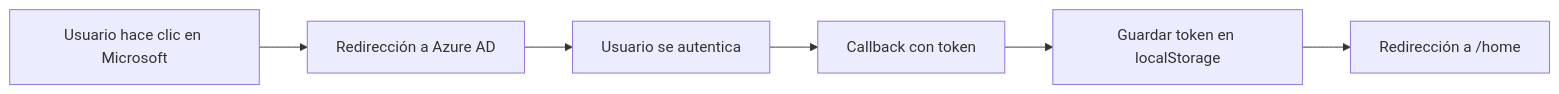
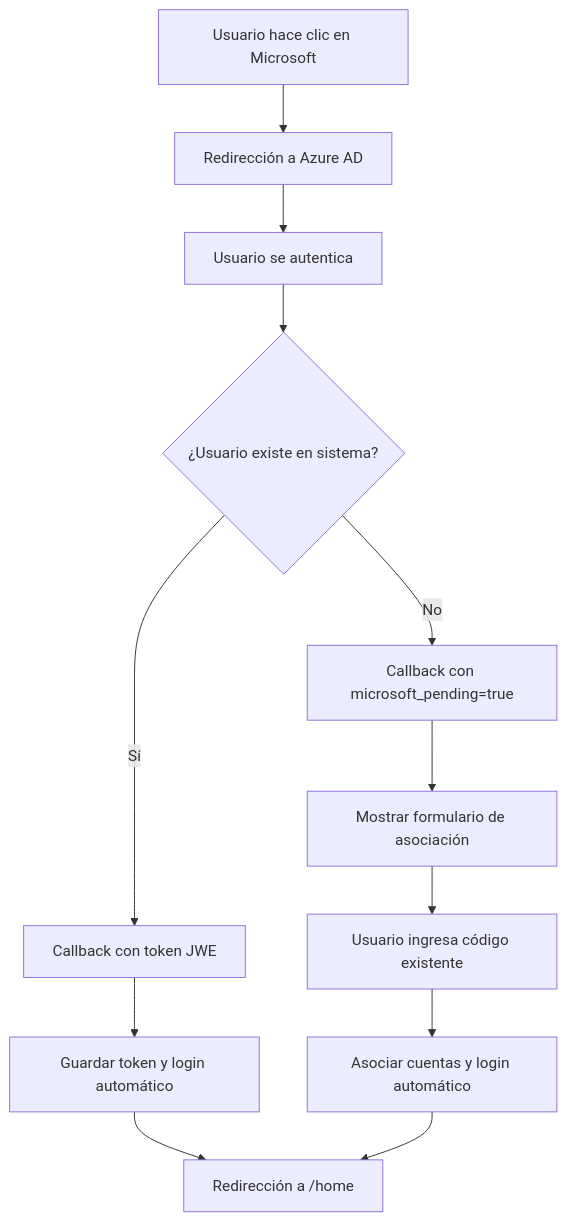
The first of 2 diagrams in ezekl-budget-ionic/src/app/login/README.md (ezekiell1988/ezekl-budget), drawn with Mermaid before and after one commit. The commit also changed other lines of this file and 7 other files, not shown here.

````diff
--- a/ezekl-budget-ionic/src/app/login/README.md
+++ b/ezekl-budget-ionic/src/app/login/README.md
@@ -79,8 +86,14 @@
 ```mermaid
-graph LR
+graph TD
     A[Usuario hace clic en Microsoft] --> B[Redirección a Azure AD]
     B --> C[Usuario se autentica]
-    C --> D[Callback con token]
-    D --> E[Guardar token en localStorage]
-    E --> F[Redirección a /home]
+    C --> D{¿Usuario existe en sistema?}
+    D -->|Sí| E[Callback con token JWE]
+    D -->|No| F[Callback con microsoft_pending=true]
+    E --> G[Guardar token y login automático]
+    F --> H[Mostrar formulario de asociación]
+    H --> I[Usuario ingresa código existente]
+    I --> J[Asociar cuentas y login automático]
+    G --> K[Redirección a /home]
+    J --> K
 ```
````
